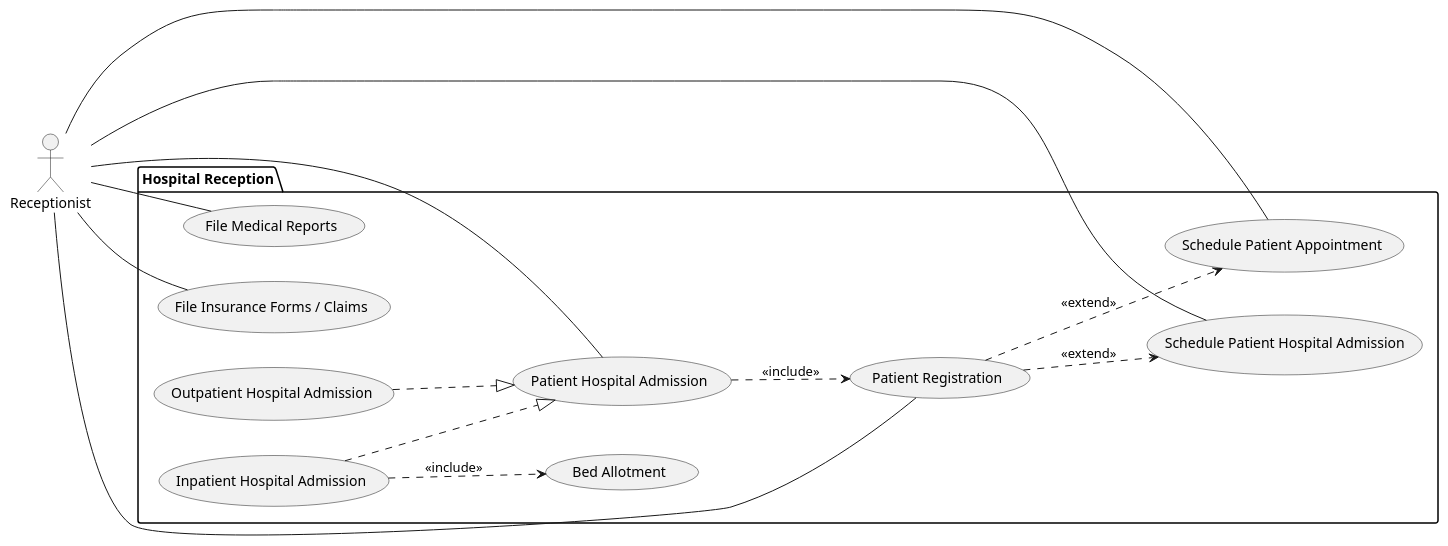
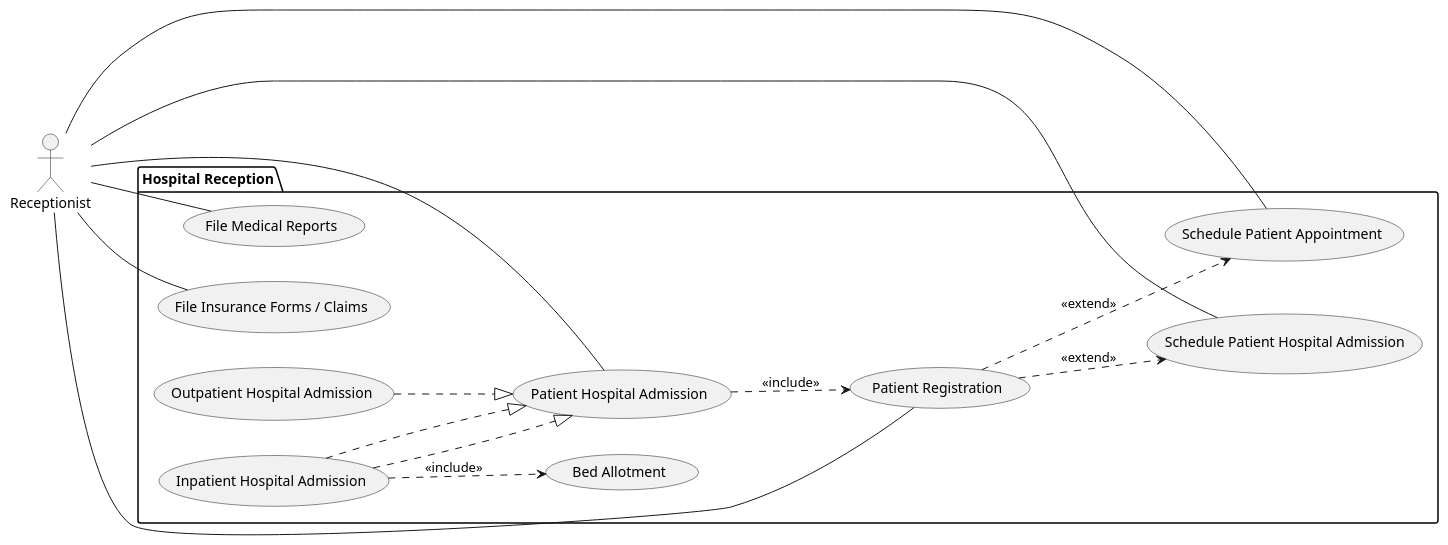
One commit to felipe-mizidorio/prolog-ucd-to-plantuml changed the diagram in hospital.puml. Above: the diagram before and after it, drawn with PlantUML. The commit also changed 2 other files, not shown here.

```diff
--- a/hospital.puml
+++ b/hospital.puml
@@ -1,31 +1,32 @@
 @startuml
 left to right direction
 
 actor "Receptionist"
 
 package "Hospital Reception" {
     usecase "Schedule Patient Appointment"
     usecase "Schedule Patient Hospital Admission" as SPHA
     usecase "Patient Registration" as PR
     usecase "Patient Hospital Admission" as PHA
     usecase "File Insurance Forms / Claims" as FIFC
     usecase "File Medical Reports" as FMR
     usecase "Outpatient Hospital Admission" as OHA
     usecase "Inpatient Hospital Admission" as IHA
     usecase "Bed Allotment"
 }
 
 "Receptionist" -- "Schedule Patient Appointment"
 "Receptionist" -- SPHA
 "Receptionist" -- PR
 "Receptionist" -- PHA
 "Receptionist" -- FIFC
 "Receptionist" -- FMR
 PR ..> SPHA : <<extend>>
 PR ..> "Schedule Patient Appointment" : <<extend>>
 PHA ..> PR : <<include>>
 IHA ..> "Bed Allotment" : <<include>>
 OHA ..|> PHA
 IHA ..|> PHA
+IHA ..|> PHA
 
 @enduml
```
